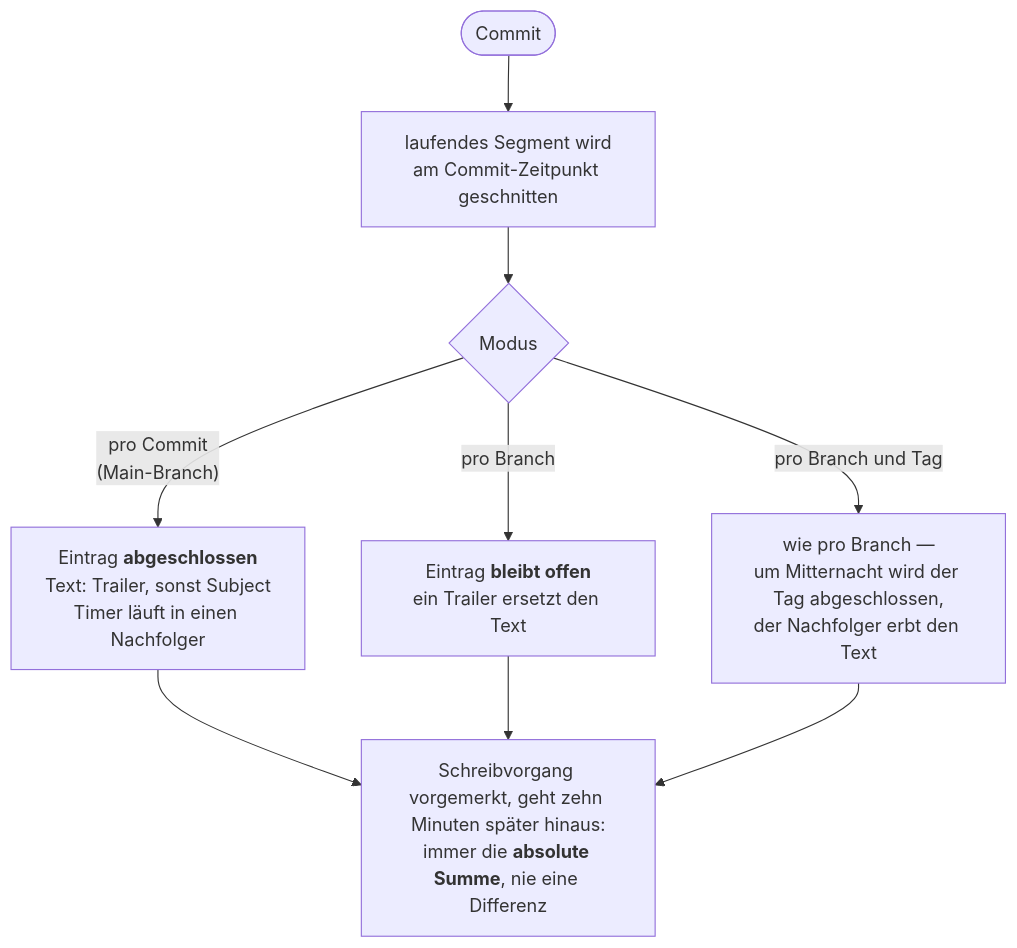
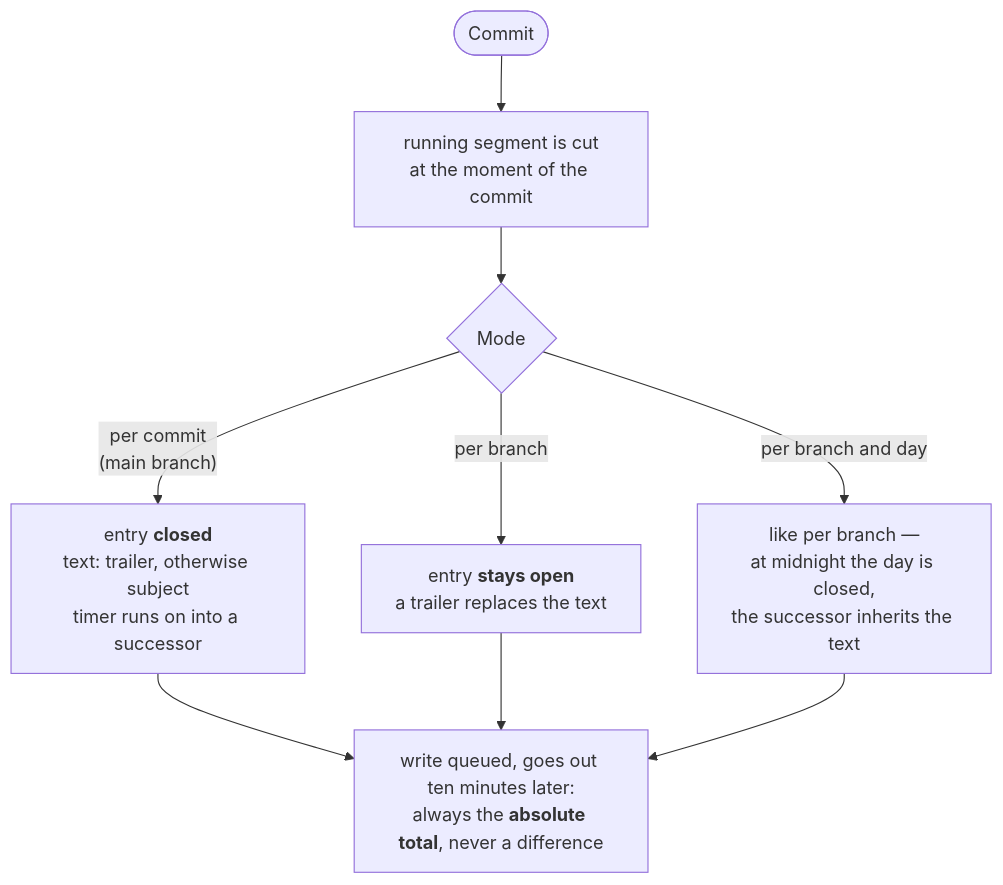
The second of 4 diagrams in README.md (profitlich-ch/prosonata-vscode-tools), drawn with Mermaid before and after one commit. The commit also changed other lines of this file and 41 other files, not shown here.

````diff
--- a/README.md
+++ b/README.md
@@ -101,12 +107,12 @@
 ```mermaid
 flowchart TD
-    C([Commit]) --> S["laufendes Segment wird<br/>am Commit-Zeitpunkt geschnitten"]
-    S --> M{Modus}
-    M -- "pro Commit<br/>(Main-Branch)" --> A["Eintrag <b>abgeschlossen</b><br/>Text: Trailer, sonst Subject<br/>Timer läuft in einen Nachfolger"]
-    M -- "pro Branch" --> B["Eintrag <b>bleibt offen</b><br/>ein Trailer ersetzt den Text"]
-    M -- "pro Branch und Tag" --> D["wie pro Branch —<br/>um Mitternacht wird der Tag abgeschlossen,<br/>der Nachfolger erbt den Text"]
+    C([Commit]) --> S["running segment is cut<br/>at the moment of the commit"]
+    S --> M{Mode}
+    M -- "per commit<br/>(main branch)" --> A["entry <b>closed</b><br/>text: trailer, otherwise subject<br/>timer runs on into a successor"]
+    M -- "per branch" --> B["entry <b>stays open</b><br/>a trailer replaces the text"]
+    M -- "per branch and day" --> D["like per branch —<br/>at midnight the day is closed,<br/>the successor inherits the text"]
     A --> W
     B --> W
     D --> W
-    W["Schreibvorgang vorgemerkt, geht zehn Minuten später hinaus:<br/>immer die <b>absolute Summe</b>, nie eine Differenz"]
+    W["write queued, goes out ten minutes later:<br/>always the <b>absolute total</b>, never a difference"]
 ```
````
